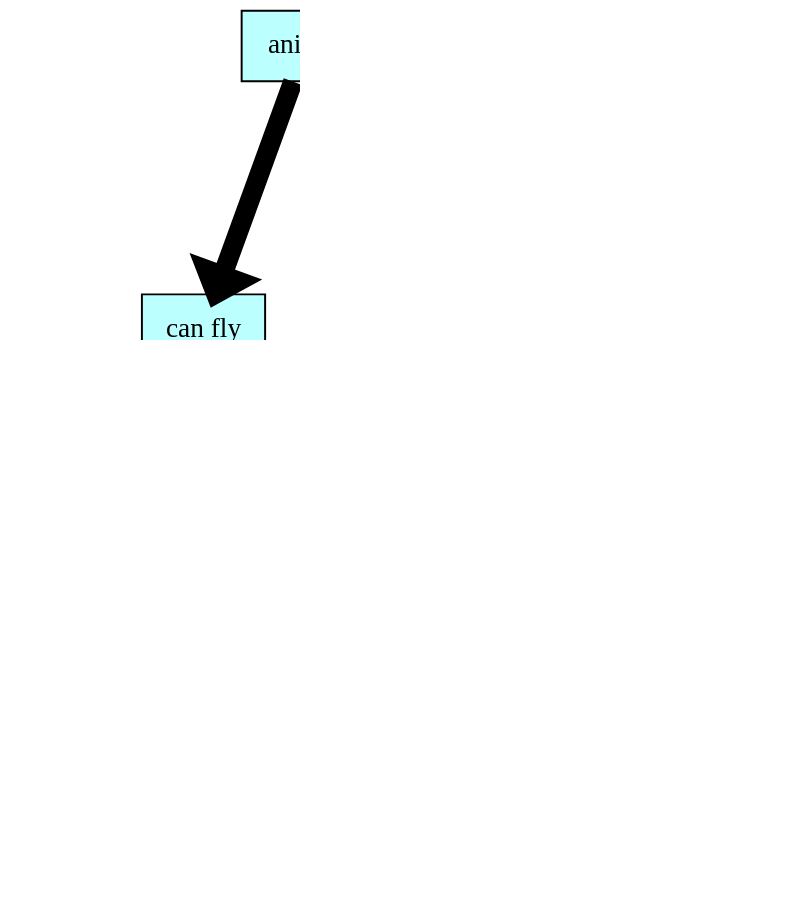
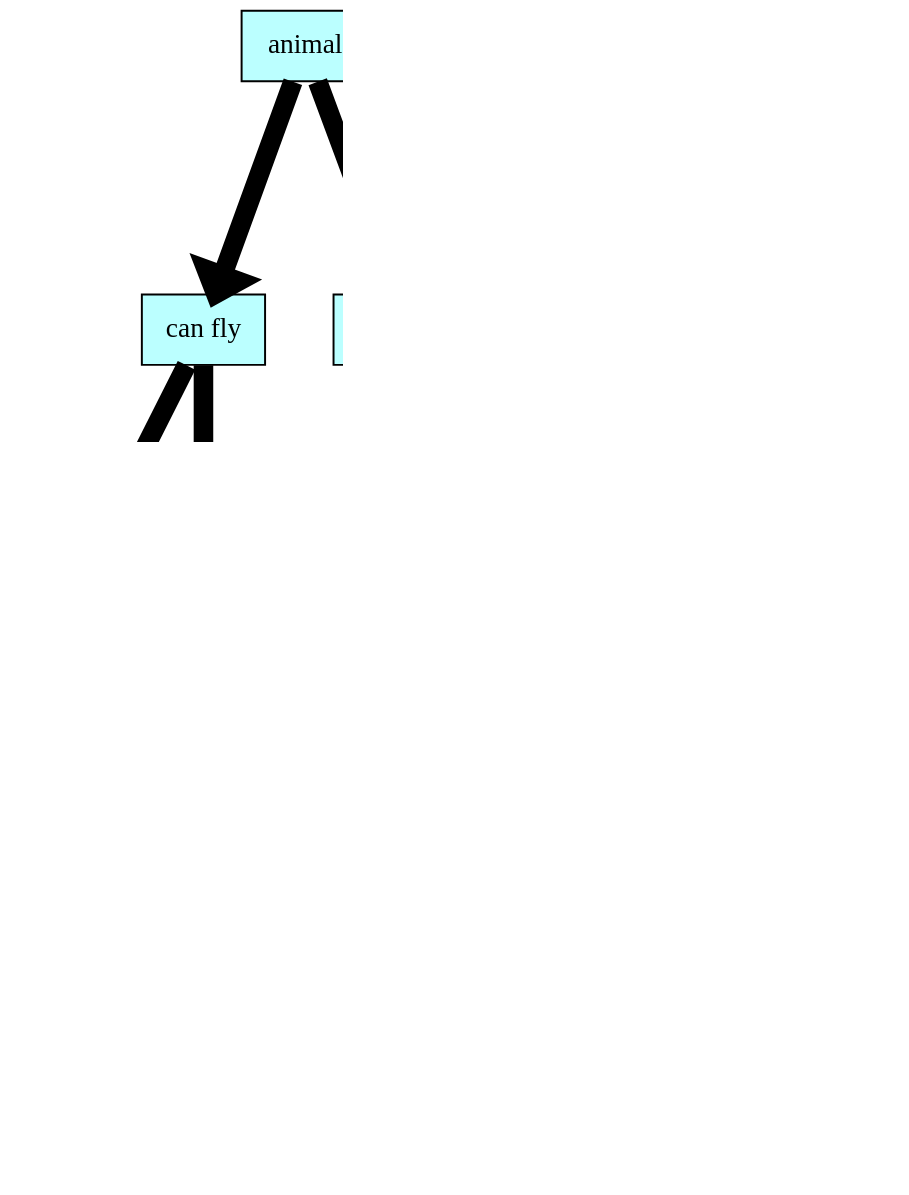
Before and after one commit to Troll0ton/Akinator3000: the diagram in dump/list_graph.dot, drawn with Graphviz. The commit also changed 16 other files, not shown here.

```diff
--- a/dump/list_graph.dot
+++ b/dump/list_graph.dot
@@ -1,38 +1,44 @@
 digraph structs {    
 rankdir = TB;        
 graph [dpi = 200];   
 ranksep = 1.5;       
 edge[penwidth = 10]; 
 cell0 [style = filled, color = black, fillcolor = paleturquoise1,
 shape=record,label = " { <ptr> animal} " ];                         
 cell1 [style = filled, color = black, fillcolor = paleturquoise1,
 shape=record,label = " { <ptr> can fly} " ];                         
 cell2 [style = filled, color = black, fillcolor = paleturquoise1,
 shape=record,label = " { <ptr> bird} " ];                         
 cell3 [style = filled, color = black, fillcolor = paleturquoise1,
 shape=record,label = " { <ptr> cat} " ];                         
 cell4 [style = filled, color = black, fillcolor = paleturquoise1,
 shape=record,label = " { <ptr> can float} " ];                         
 cell5 [style = filled, color = black, fillcolor = paleturquoise1,
 shape=record,label = " { <ptr> alive and alive} " ];                         
 cell6 [style = filled, color = black, fillcolor = paleturquoise1,
 shape=record,label = " { <ptr> fish} " ];                         
 cell7 [style = filled, color = black, fillcolor = paleturquoise1,
 shape=record,label = " { <ptr> boat} " ];                         
 cell8 [style = filled, color = black, fillcolor = paleturquoise1,
+shape=record,label = " { <ptr> fly in sky} " ];                         
+cell9 [style = filled, color = black, fillcolor = paleturquoise1,
 shape=record,label = " { <ptr> plane} " ];                         
-cell9 [style = filled, color = black, fillcolor = paleturquoise1,
-shape=record,label = " { <ptr> fly in sky} " ];                         
 cell10 [style = filled, color = black, fillcolor = paleturquoise1,
+shape=record,label = " { <ptr> under ground} " ];                         
+cell11 [style = filled, color = black, fillcolor = paleturquoise1,
+shape=record,label = " { <ptr> metro} " ];                         
+cell12 [style = filled, color = black, fillcolor = paleturquoise1,
 shape=record,label = " { <ptr> car} " ];                         
 cell0 -> cell1;
 cell1 -> cell2;
 cell1 -> cell3;
 cell0 -> cell4;
 cell4 -> cell5;
 cell5 -> cell6;
 cell5 -> cell7;
 cell4 -> cell8;
 cell8 -> cell9;
 cell8 -> cell10;
+cell10 -> cell11;
+cell10 -> cell12;
 }
```
